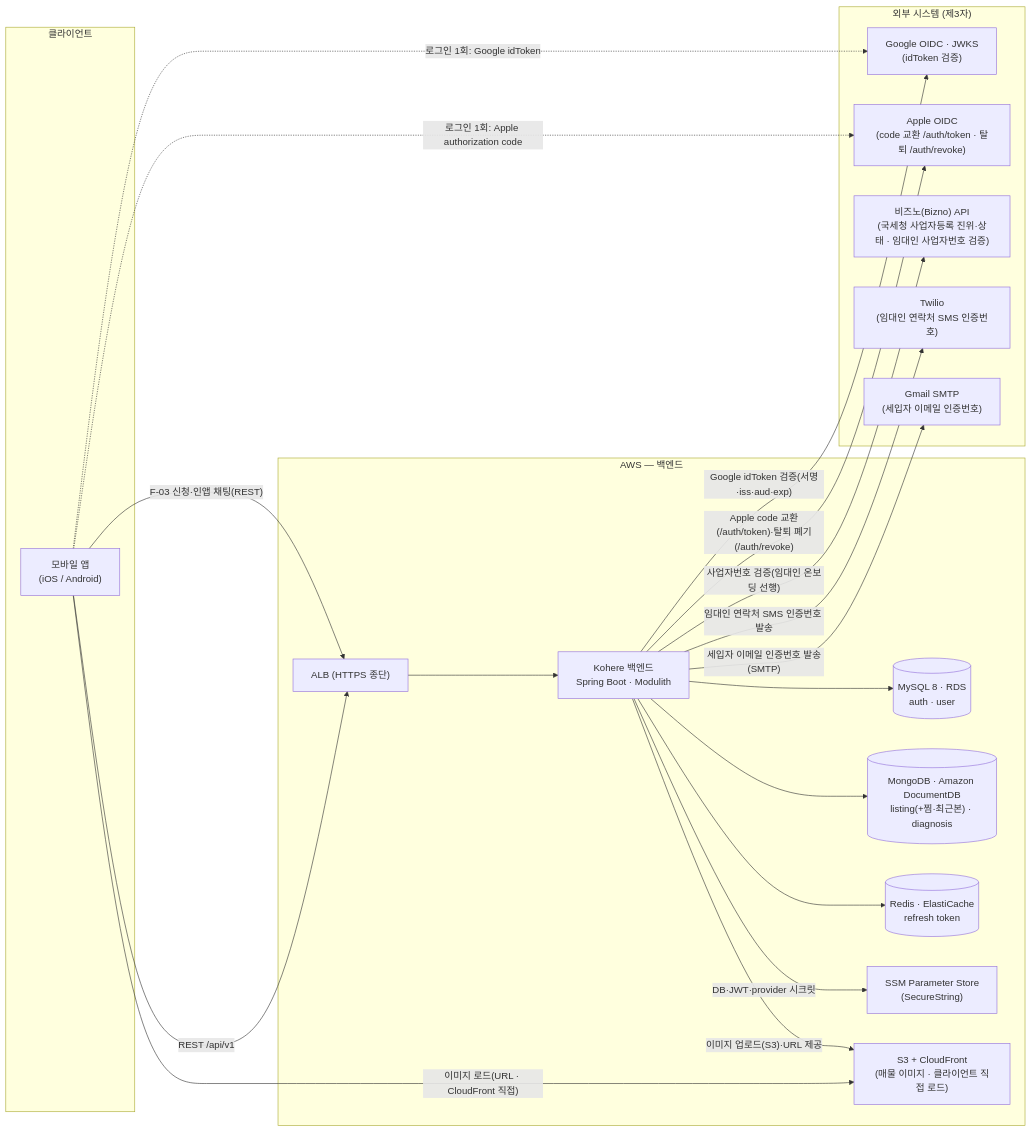
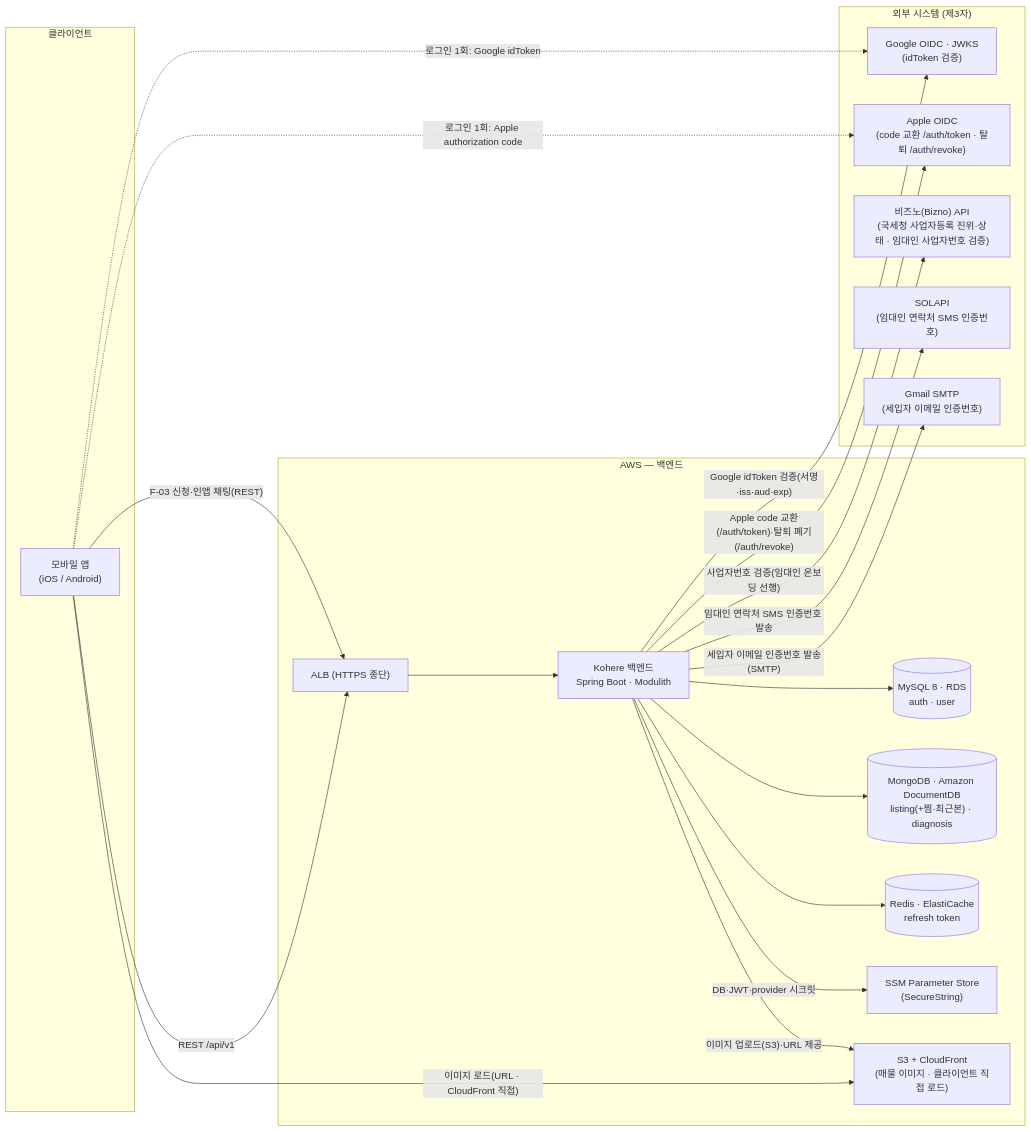
Before and after one commit to jameskim9509/Kohere-backend: the first of 5 diagrams in docs/architecture/system-overview.md, drawn with Mermaid. The commit also changed other lines of this file and 18 other files, not shown here.

First line of the commit message:
refactor(auth): 연락처 SMS provider를 SOLAPI(국내 SMS API)로 전환

````diff
--- a/docs/architecture/system-overview.md
+++ b/docs/architecture/system-overview.md
@@ -29,41 +29,41 @@
 ```mermaid
 flowchart LR
     subgraph Client["클라이언트"]
       APP["모바일 앱<br/>(iOS / Android)"]
     end
 
     subgraph External["외부 시스템 (제3자)"]
       OIDC["Google OIDC · JWKS<br/>(idToken 검증)"]
       APPLE["Apple OIDC<br/>(code 교환 /auth/token · 탈퇴 /auth/revoke)"]
       BIZNO["비즈노(Bizno) API<br/>(국세청 사업자등록 진위·상태 · 임대인 사업자번호 검증)"]
-      TWILIO["Twilio<br/>(임대인 연락처 SMS 인증번호)"]
+      SOLAPI["SOLAPI<br/>(임대인 연락처 SMS 인증번호)"]
       MAIL["Gmail SMTP<br/>(세입자 이메일 인증번호)"]
     end
 
     subgraph Cloud["AWS — 백엔드"]
       ALB["ALB (HTTPS 종단)"]
       SRV["Kohere 백엔드<br/>Spring Boot · Modulith"]
       MYSQL[("MySQL 8 · RDS<br/>auth · user")]
       MONGO[("MongoDB · Amazon DocumentDB<br/>listing(+찜·최근본) · diagnosis")]
       REDIS[("Redis · ElastiCache<br/>refresh token")]
       SECRET["SSM Parameter Store<br/>(SecureString)"]
       CDN["S3 + CloudFront<br/>(매물 이미지 · 클라이언트 직접 로드)"]
     end
 
     APP -- "REST /api/v1" --> ALB
     ALB --> SRV
     APP -. "로그인 1회: Google idToken" .-> OIDC
     APP -. "로그인 1회: Apple authorization code" .-> APPLE
     SRV -- "Google idToken 검증(서명·iss·aud·exp)" --> OIDC
     SRV -- "Apple code 교환(/auth/token)·탈퇴 폐기(/auth/revoke)" --> APPLE
     SRV -- "사업자번호 검증(임대인 온보딩 선행)" --> BIZNO
-    SRV -- "임대인 연락처 SMS 인증번호 발송" --> TWILIO
+    SRV -- "임대인 연락처 SMS 인증번호 발송" --> SOLAPI
     SRV -- "세입자 이메일 인증번호 발송(SMTP)" --> MAIL
     SRV --> MYSQL
     SRV --> MONGO
     SRV --> REDIS
     APP -- "F-03 신청·인앱 채팅(REST)" --> ALB
     APP -- "이미지 로드(URL · CloudFront 직접)" --> CDN
     SRV -- "이미지 업로드(S3)·URL 제공" --> CDN
     SRV -- "DB·JWT·provider 시크릿" --> SECRET
 ```
````
